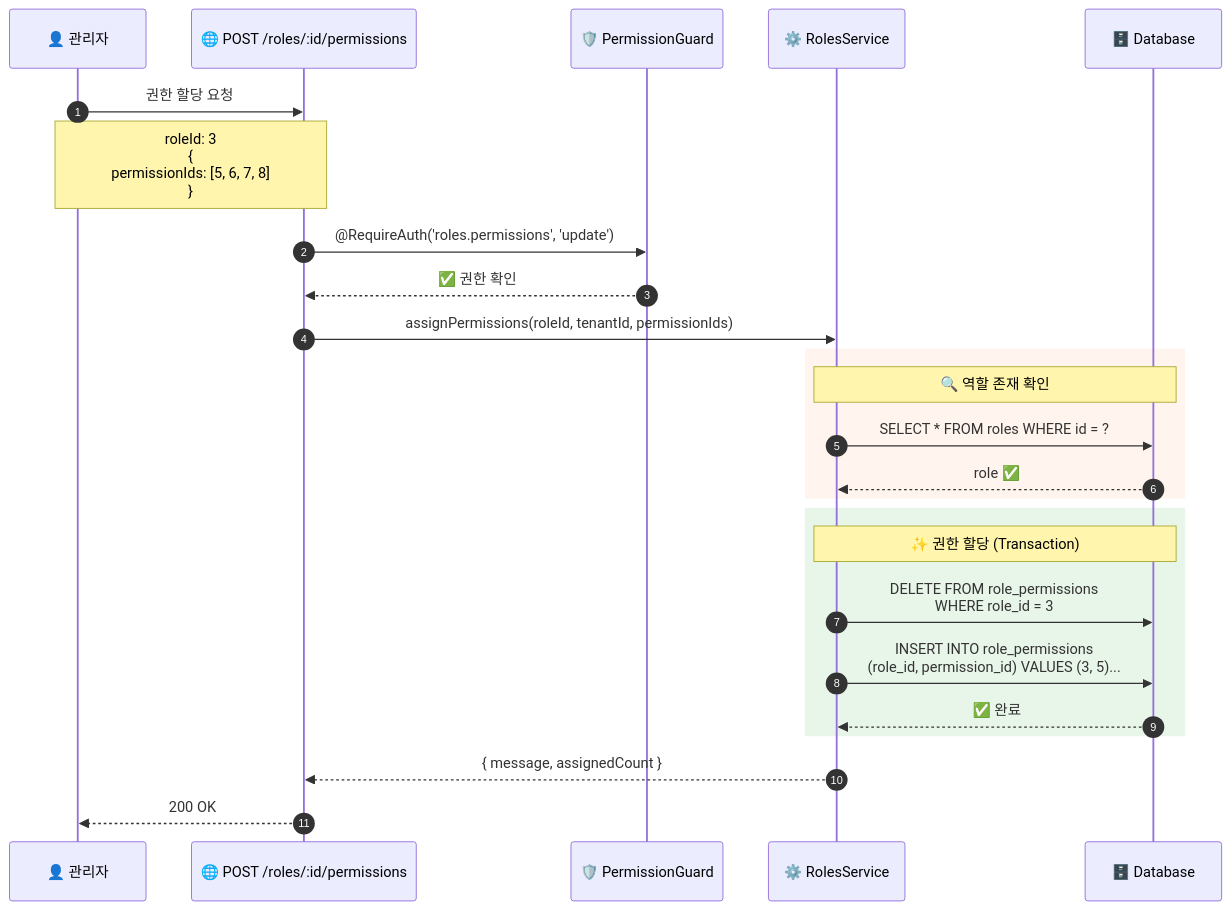
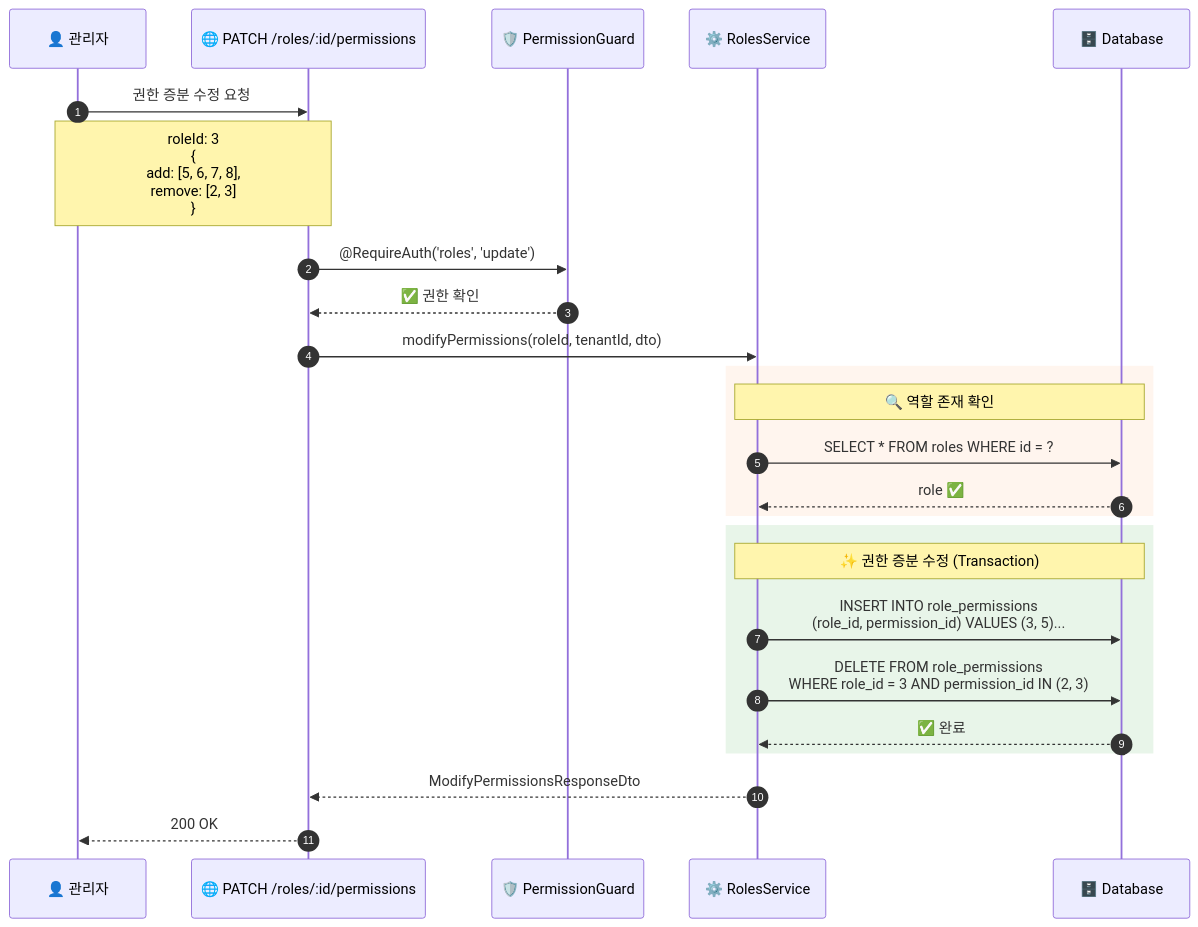
Diagram 19 of 53 in docs/user-flow.md (lee-sung-min405/flowdesk-admin-backend), drawn with Mermaid before and after one commit. The commit also changed other lines of this file and 5 other files, not shown here.

````diff
--- a/docs/user-flow.md
+++ b/docs/user-flow.md
@@ -932,33 +941,33 @@
 ```mermaid
 sequenceDiagram
     autonumber
     participant Client as 👤 관리자
-    participant API as 🌐 POST /roles/:id/permissions
+    participant API as 🌐 PATCH /roles/:id/permissions
     participant Guard as 🛡️ PermissionGuard
     participant Service as ⚙️ RolesService
     participant DB as 🗄️ Database
     
-    Client->>API: 권한 할당 요청
-    Note over Client,API: roleId: 3<br/>{<br/>  permissionIds: [5, 6, 7, 8]<br/>}
+    Client->>API: 권한 증분 수정 요청
+    Note over Client,API: roleId: 3<br/>{<br/>  add: [5, 6, 7, 8],<br/>  remove: [2, 3]<br/>}
     
-    API->>Guard: @RequireAuth('roles.permissions', 'update')
+    API->>Guard: @RequireAuth('roles', 'update')
     Guard-->>API: ✅ 권한 확인
     
-    API->>Service: assignPermissions(roleId, tenantId, permissionIds)
+    API->>Service: modifyPermissions(roleId, tenantId, dto)
     
     rect rgb(255, 245, 238)
         Note over Service,DB: 🔍 역할 존재 확인
         Service->>DB: SELECT * FROM roles WHERE id = ?
         DB-->>Service: role ✅
     end
     
     rect rgb(232, 245, 233)
-        Note over Service,DB: ✨ 권한 할당 (Transaction)
-        Service->>DB: DELETE FROM role_permissions<br/>WHERE role_id = 3
+        Note over Service,DB: ✨ 권한 증분 수정 (Transaction)
         Service->>DB: INSERT INTO role_permissions<br/>(role_id, permission_id) VALUES (3, 5)...
+        Service->>DB: DELETE FROM role_permissions<br/>WHERE role_id = 3 AND permission_id IN (2, 3)
         DB-->>Service: ✅ 완료
     end
     
-    Service-->>API: { message, assignedCount }
+    Service-->>API: ModifyPermissionsResponseDto
     API-->>Client: 200 OK
 ```
````
